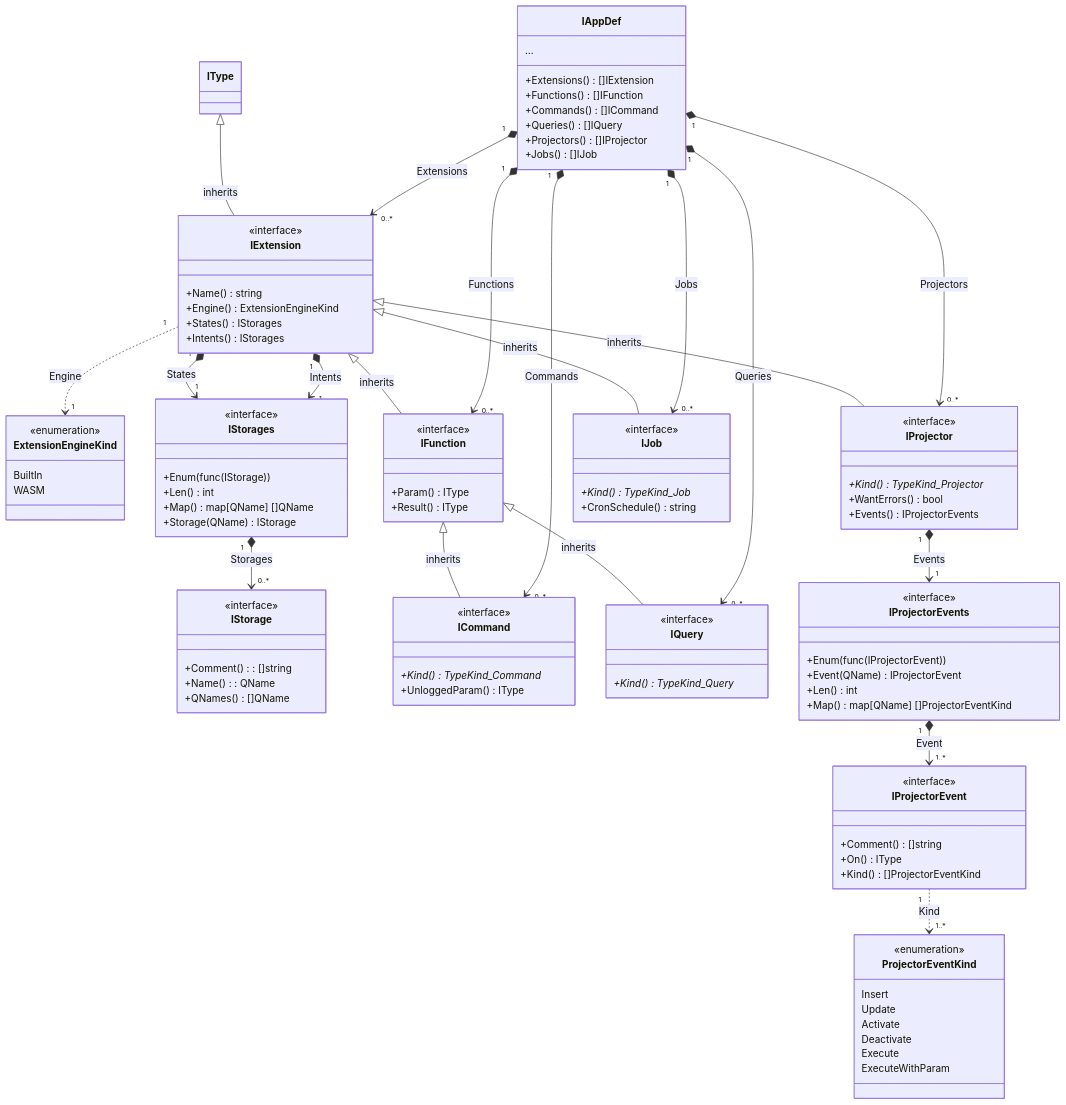
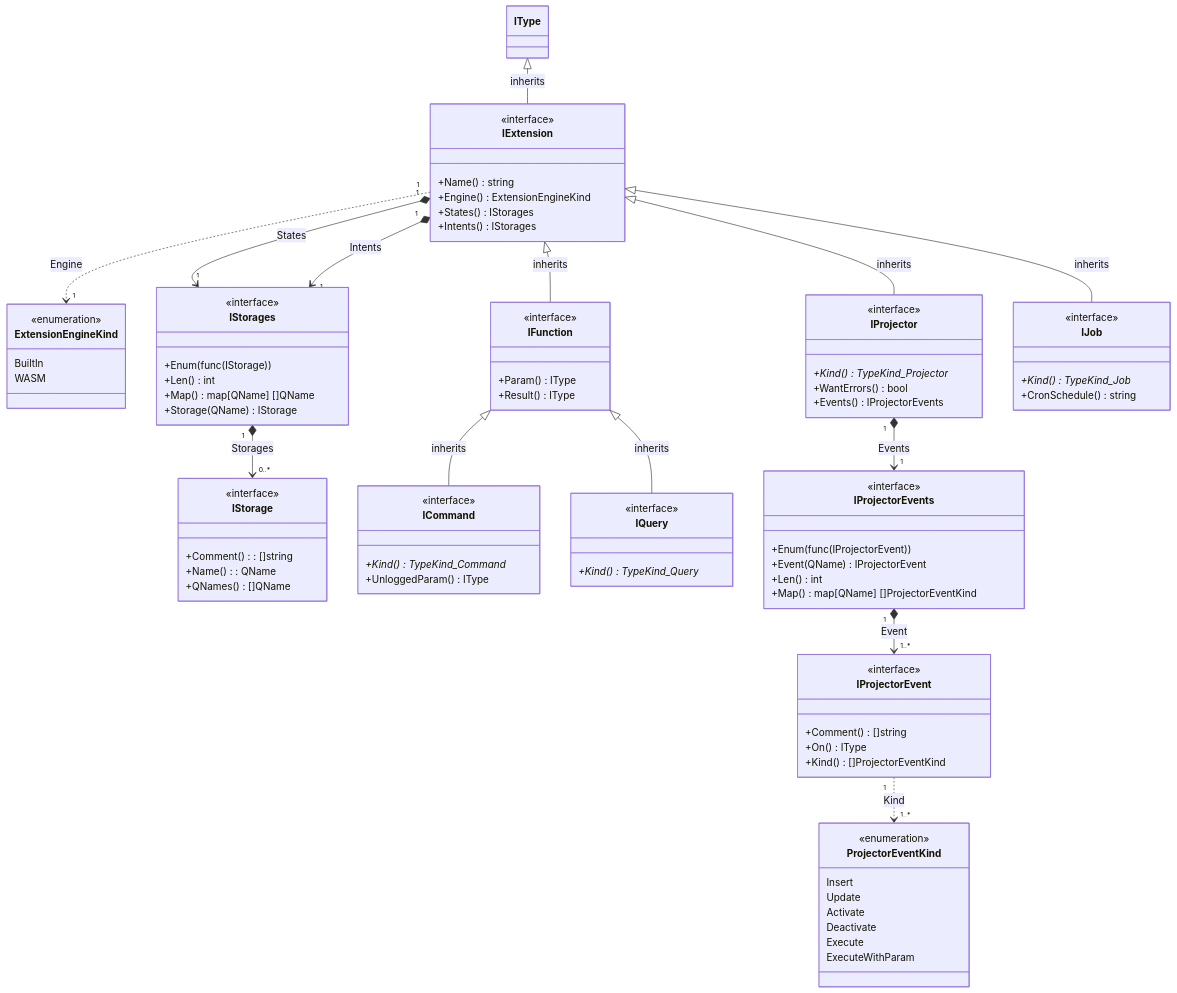
The eighth of 9 diagrams in pkg/appdef/README.md (voedger/voedger), drawn with Mermaid before and after one commit. The commit also changed other lines of this file, not shown here.

````diff
--- a/pkg/appdef/README.md
+++ b/pkg/appdef/README.md
@@ -676,21 +682,4 @@
         +Kind()* TypeKind_Job
         +CronSchedule() string
     }
-
-    class IAppDef {
-      …
-      +Extensions() []IExtension
-      +Functions() []IFunction
-      +Commands() []ICommand
-      +Queries() []IQuery
-      +Projectors() []IProjector
-      +Jobs() []IJob
-    }
-
-    IAppDef "1" *--> "0..*" IExtension : Extensions
-    IAppDef "1" *--> "0..*" IFunction : Functions
-    IAppDef "1" *--> "0..*" ICommand : Commands
-    IAppDef "1" *--> "0..*" IQuery : Queries
-    IAppDef "1" *--> "0..*" IProjector : Projectors
-    IAppDef "1" *--> "0..*" IJob : Jobs
 ```
````
